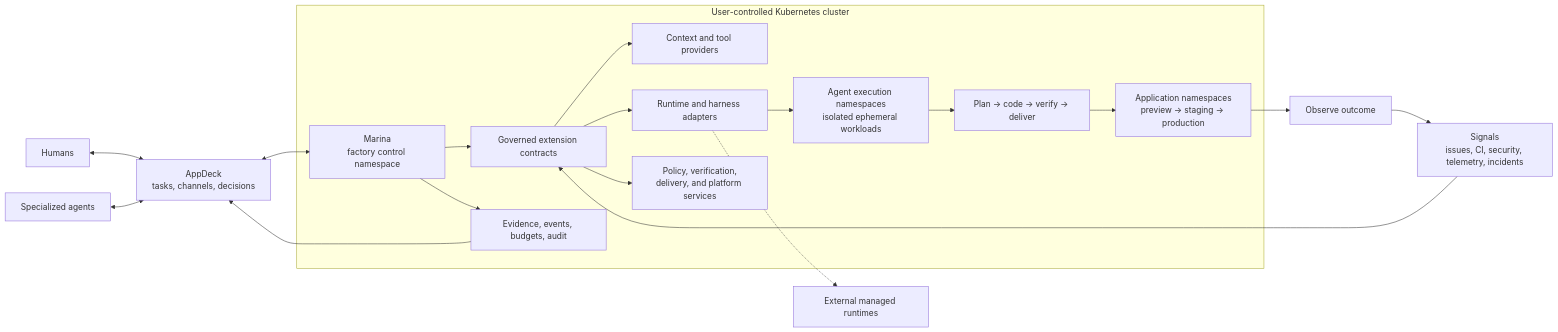
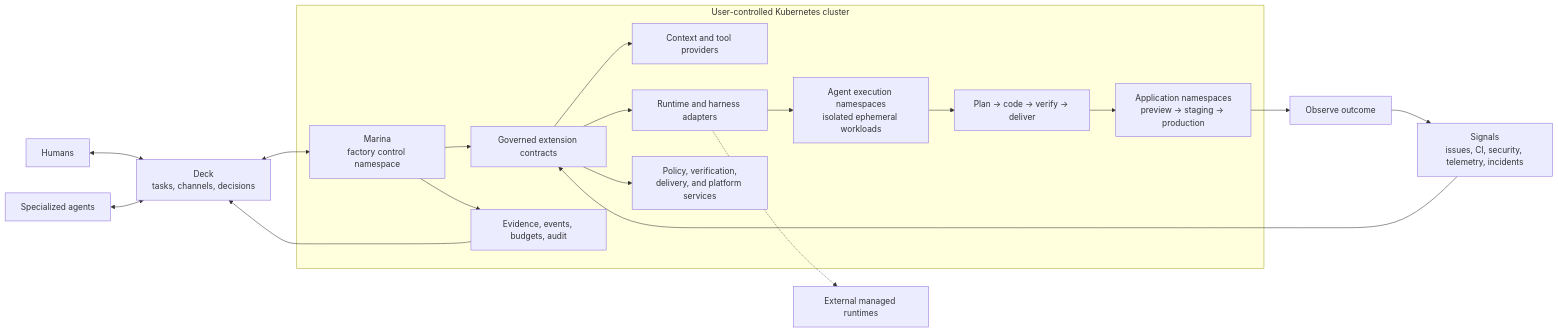
Before and after one commit to jmlero/the-platform: the diagram in VISION.md, drawn with Mermaid. The commit also changed other lines of this file and 161 other files, not shown here.

````diff
--- a/VISION.md
+++ b/VISION.md
@@ -197,24 +197,24 @@
 ```mermaid
 flowchart LR
-    H[Humans] <--> W[AppDeck<br/>tasks, channels, decisions]
+    H[Humans] <--> W[Deck<br/>tasks, channels, decisions]
     A[Specialized agents] <--> W
     W <--> M
     S[Signals<br/>issues, CI, security, telemetry, incidents] --> X
 
     subgraph K[User-controlled Kubernetes cluster]
         M[Marina<br/>factory control namespace]
         M --> X[Governed extension contracts]
         X --> C[Context and tool providers]
         X --> R[Runtime and harness adapters]
         X --> P[Policy, verification,<br/>delivery, and platform services]
         M --> E[Evidence, events, budgets, audit]
         R --> J[Agent execution namespaces<br/>isolated ephemeral workloads]
         J --> L[Plan → code → verify → deliver]
         L --> D[Application namespaces<br/>preview → staging → production]
     end
 
     R -.-> ER[External managed runtimes]
     D --> O[Observe outcome]
     O --> S
     E --> W
 ```
````
